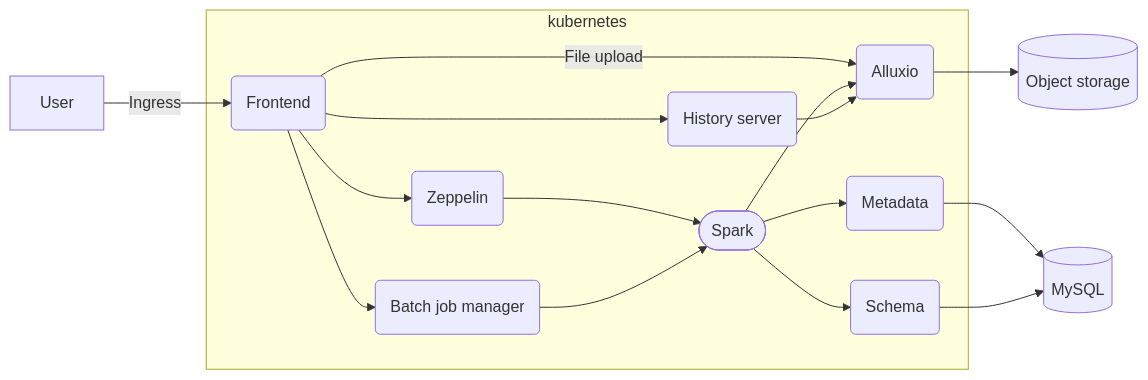
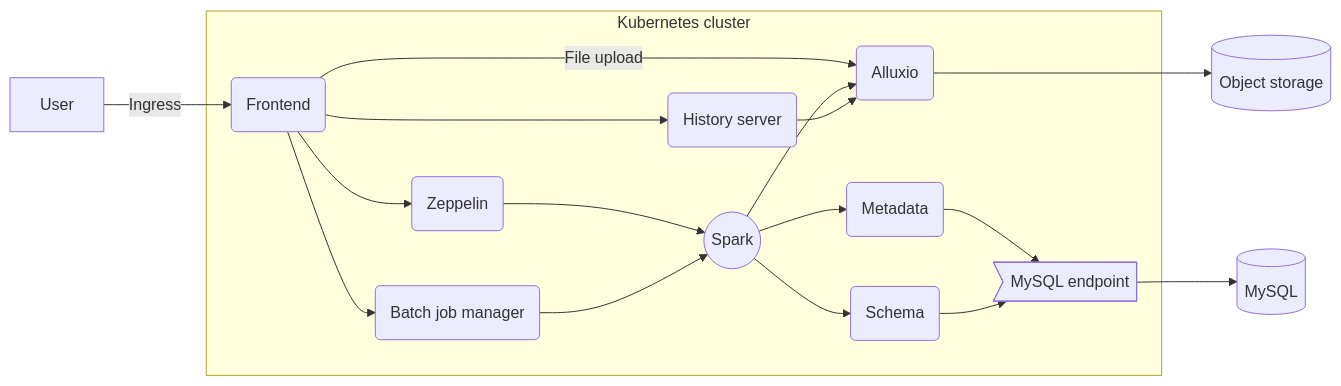
Before and after one commit to llikey2020/documentation: the diagram in README.md, drawn with Mermaid.

````diff
--- a/README.md
+++ b/README.md
@@ -1,30 +1,34 @@
 ```mermaid
 flowchart LR
   user[User]
   s3[(Object storage)]
-  db[(MySQL)]
+  rds[(MySQL)]
   user --> |Ingress| frontend
 
-  subgraph kubernetes
+  subgraph Kubernetes cluster
     %% Services
     frontend(Frontend)
     zeppelin(Zeppelin)
     alluxio(Alluxio)
     metadata(Metadata)
     history(History server)
     batch(Batch job manager)
     schema(Schema)
+    db>MySQL endpoint]
 
     %% Jobs
-    spark([Spark])
+    spark((Spark))
 
+    %% Connections
     frontend --> zeppelin & history & batch
     frontend --> |File upload| alluxio
     zeppelin & batch --> spark
     spark --> alluxio & metadata & schema
     history --> alluxio
+    metadata & schema --> db
   end
 
-  alluxio  --> s3
-  metadata & schema --> db
+  db --> rds
+  alluxio  ---> s3
+
 ```
````
